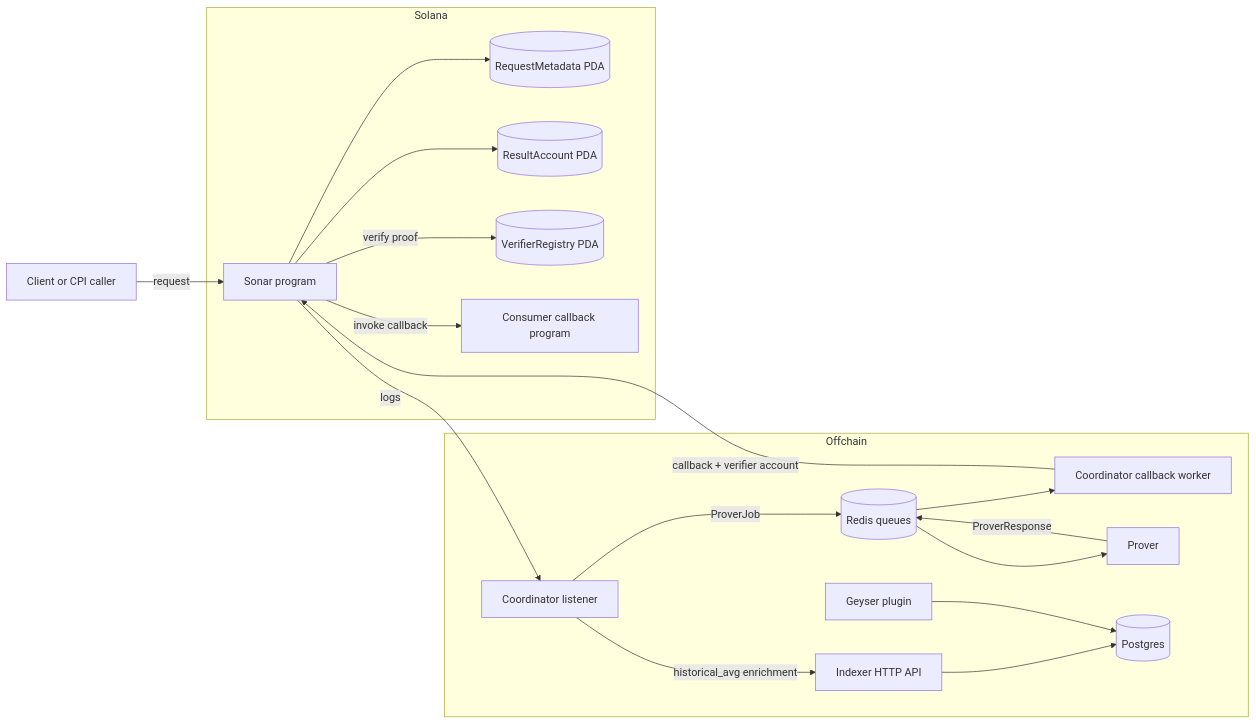
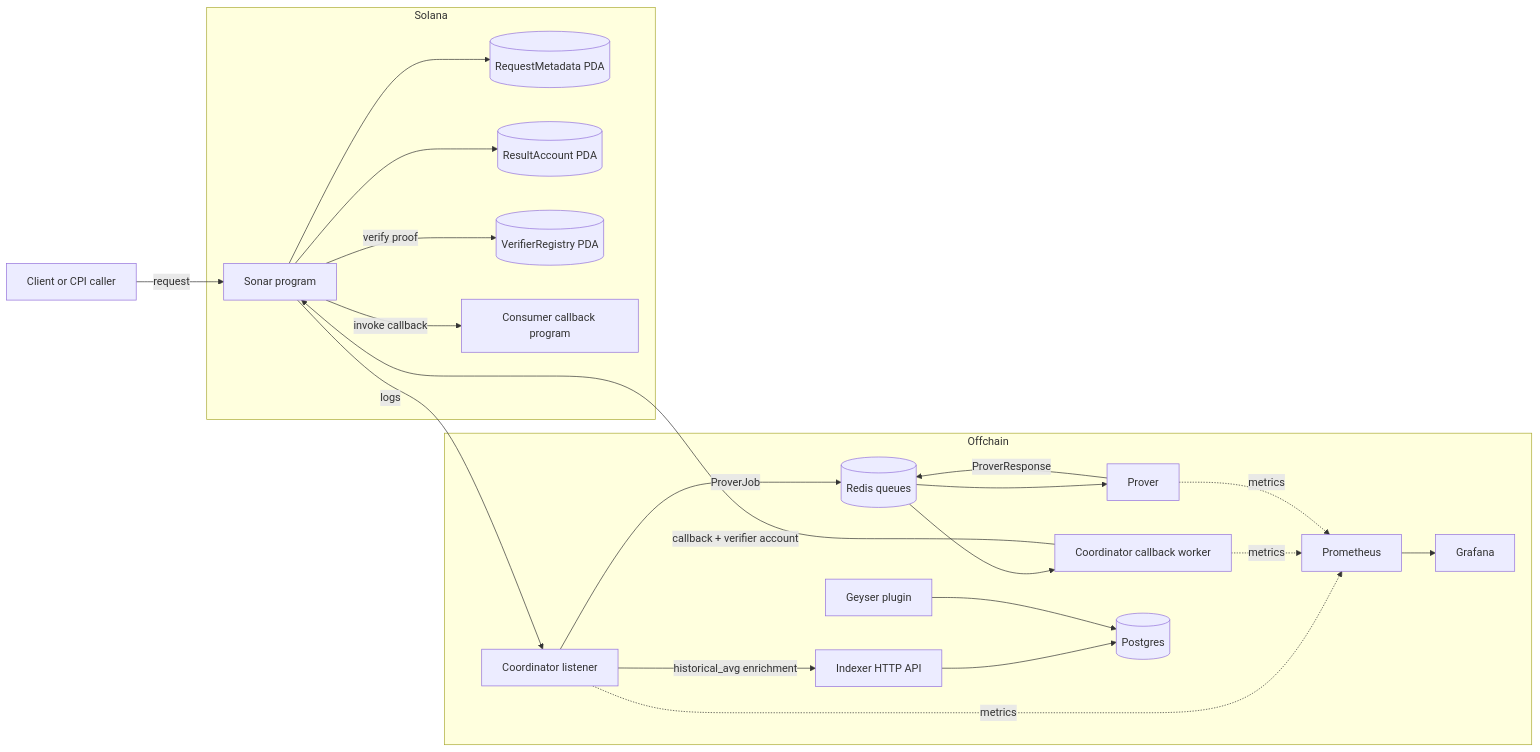
Before and after one commit to bit2swaz/sonar: the first of 2 diagrams in docs/ARCHITECTURE.md, drawn with Mermaid. The commit also changed other lines of this file and 7 other files, not shown here.

````diff
--- a/docs/ARCHITECTURE.md
+++ b/docs/ARCHITECTURE.md
@@ -7,35 +7,41 @@
 ```mermaid
 flowchart LR
     subgraph Solana
         P[Sonar program]
         S[(RequestMetadata PDA)]
         R[(ResultAccount PDA)]
         V[(VerifierRegistry PDA)]
         Cb[Consumer callback program]
     end
 
     subgraph Offchain
         L[Coordinator listener]
         Q[(Redis queues)]
         W[Coordinator callback worker]
         Pr[Prover]
         Gp[Geyser plugin]
         Db[(Postgres)]
         Api[Indexer HTTP API]
+        M[Prometheus]
+        Gr[Grafana]
     end
 
     U[Client or CPI caller] -->|request| P
     P --> S
     P --> R
     P -->|logs| L
     L -->|historical_avg enrichment| Api
     Api --> Db
     Gp --> Db
     L -->|ProverJob| Q
     Q --> Pr
     Pr -->|ProverResponse| Q
     Q --> W
     W -->|callback + verifier account| P
     P -->|verify proof| V
     P -->|invoke callback| Cb
+    L -. metrics .-> M
+    W -. metrics .-> M
+    Pr -. metrics .-> M
+    M --> Gr
 ```
````
